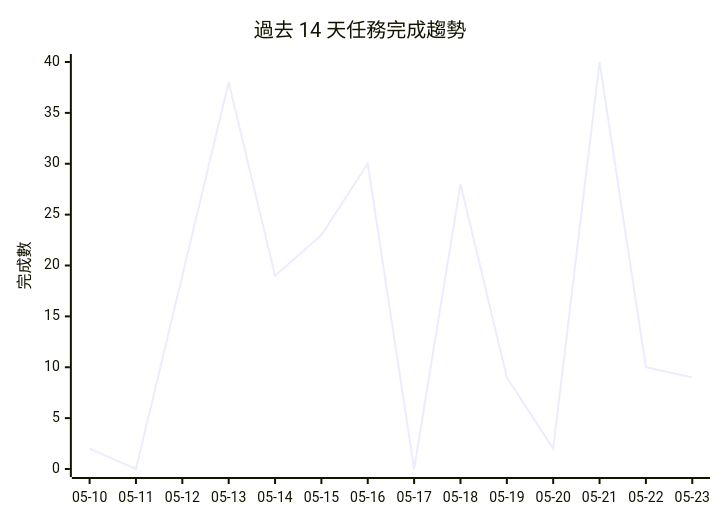
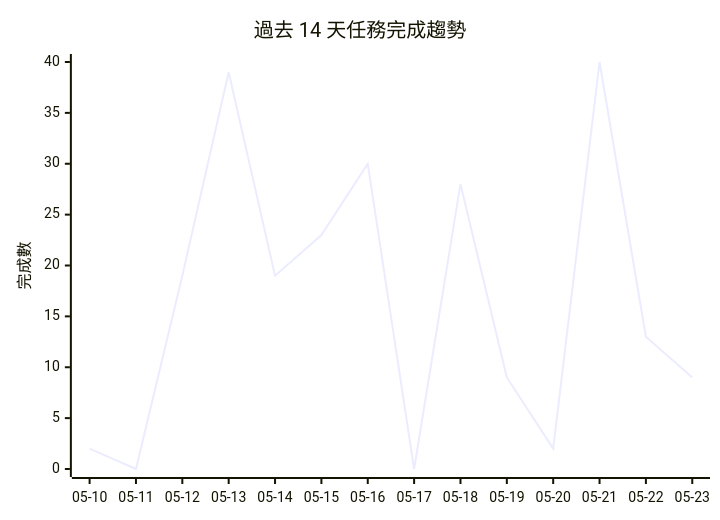
Before and after one commit to openclawchen8-lgtm/openclawchen8-lgtm: the diagram in README.md, drawn with Mermaid. The commit also changed other lines of this file, not shown here.

````diff
--- a/README.md
+++ b/README.md
@@ -153,7 +147,7 @@
 ```mermaid
 xychart-beta
     title "過去 14 天任務完成趨勢"
     x-axis ["05-10", "05-11", "05-12", "05-13", "05-14", "05-15", "05-16", "05-17", "05-18", "05-19", "05-20", "05-21", "05-22", "05-23"]
     y-axis "完成數" 0 --> 40
-    line [2, 0, 19, 38, 19, 23, 30, 0, 28, 9, 2, 40, 10, 9]
+    line [2, 0, 19, 39, 19, 23, 30, 0, 28, 9, 2, 40, 13, 9]
 ```
````
